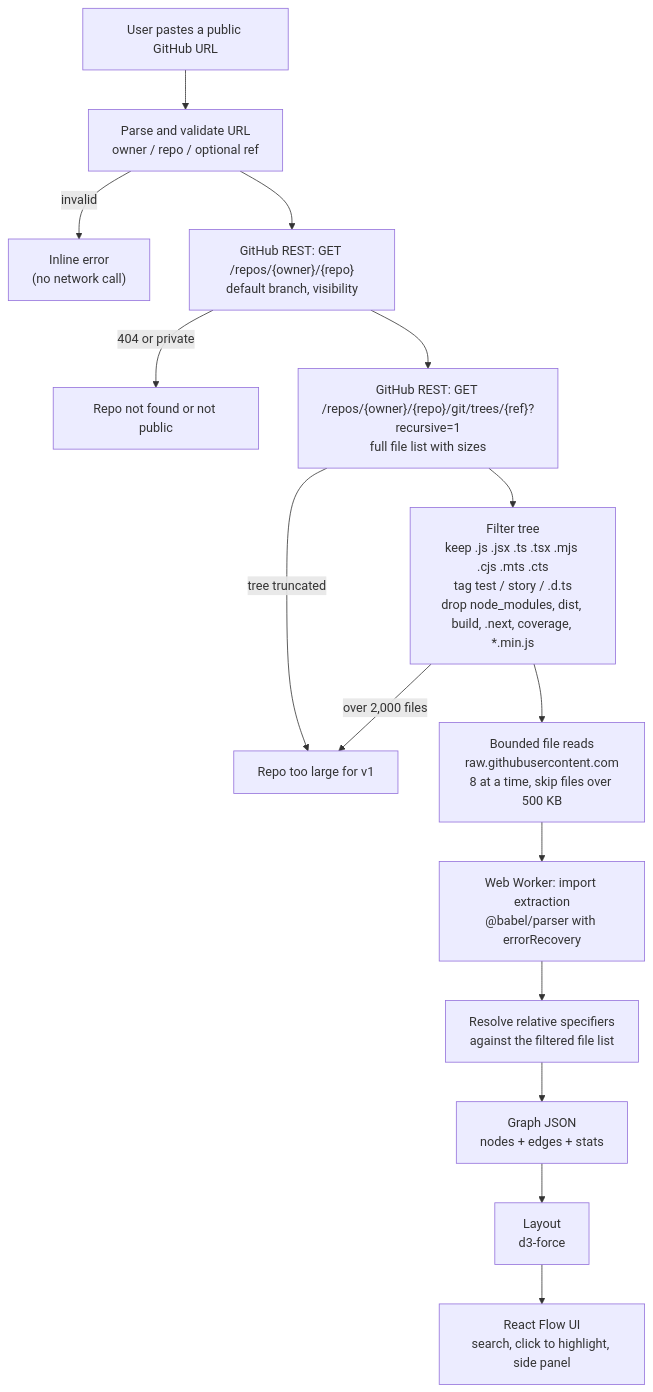
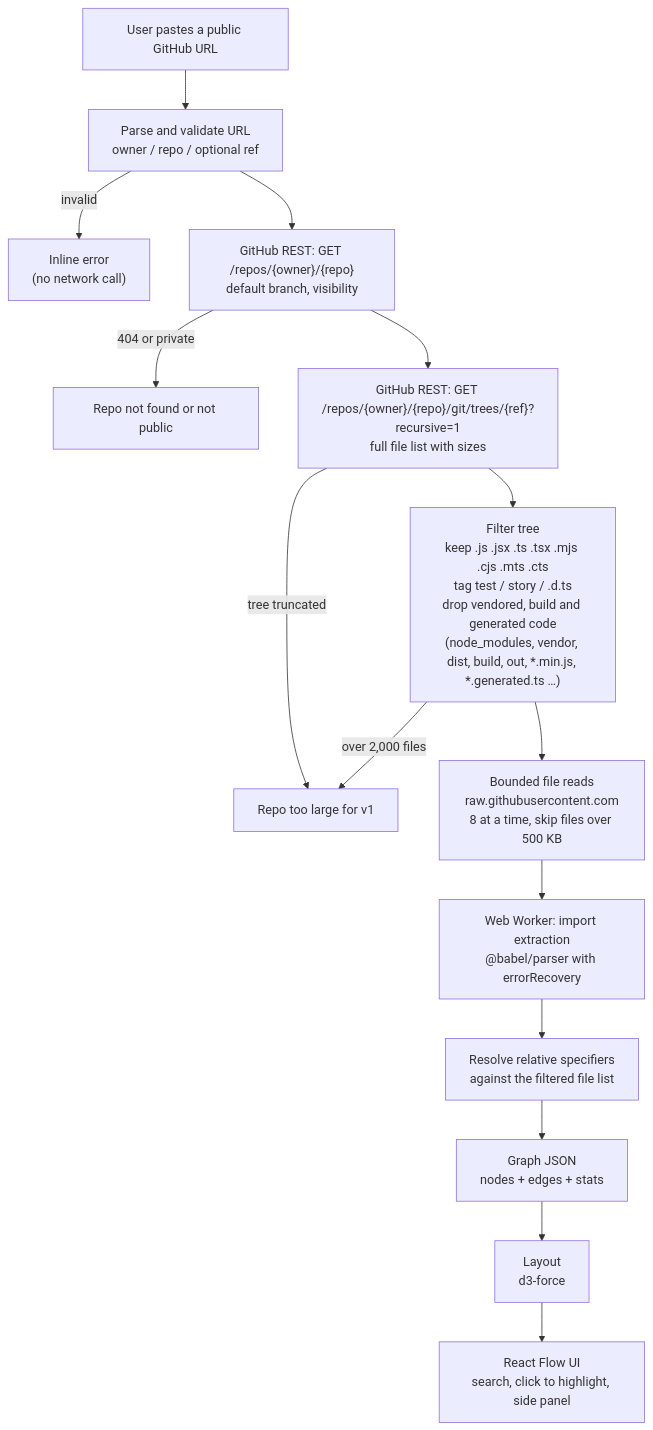
The diagram in docs/ARCHITECTURE.md (Pantelis0/RepoXray), drawn with Mermaid before and after one commit. The commit also changed 10 other files, not shown here.

First line of the commit message:
Render the file inventory and skip vendored and generated code (#20)

````diff
--- a/docs/ARCHITECTURE.md
+++ b/docs/ARCHITECTURE.md
@@ -10,17 +10,17 @@
 ```mermaid
 flowchart TD
   A["User pastes a public GitHub URL"] --> B["Parse and validate URL<br/>owner / repo / optional ref"]
   B -->|invalid| X1["Inline error<br/>(no network call)"]
   B --> C["GitHub REST: GET /repos/{owner}/{repo}<br/>default branch, visibility"]
   C -->|404 or private| X2["Repo not found or not public"]
   C --> D["GitHub REST: GET /repos/{owner}/{repo}/git/trees/{ref}?recursive=1<br/>full file list with sizes"]
   D -->|tree truncated| X3["Repo too large for v1"]
-  D --> E["Filter tree<br/>keep .js .jsx .ts .tsx .mjs .cjs .mts .cts<br/>tag test / story / .d.ts<br/>drop node_modules, dist, build, .next, coverage, *.min.js"]
+  D --> E["Filter tree<br/>keep .js .jsx .ts .tsx .mjs .cjs .mts .cts<br/>tag test / story / .d.ts<br/>drop vendored, build and generated code<br/>(node_modules, vendor, dist, build, out, *.min.js, *.generated.ts …)"]
   E -->|over 2,000 files| X3
   E --> F["Bounded file reads<br/>raw.githubusercontent.com<br/>8 at a time, skip files over 500 KB"]
   F --> G["Web Worker: import extraction<br/>@babel/parser with errorRecovery"]
   G --> H["Resolve relative specifiers<br/>against the filtered file list"]
   H --> I["Graph JSON<br/>nodes + edges + stats"]
   I --> J["Layout<br/>d3-force"]
   J --> K["React Flow UI<br/>search, click to highlight, side panel"]
 ```
````
